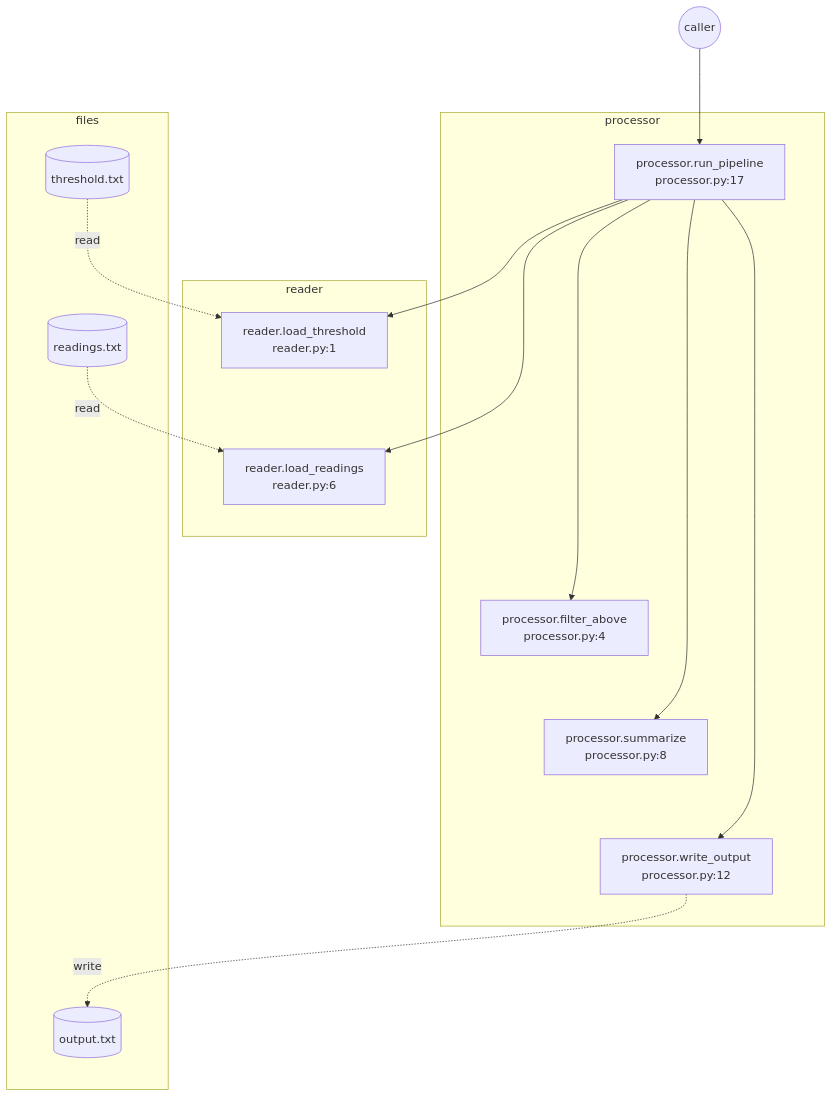
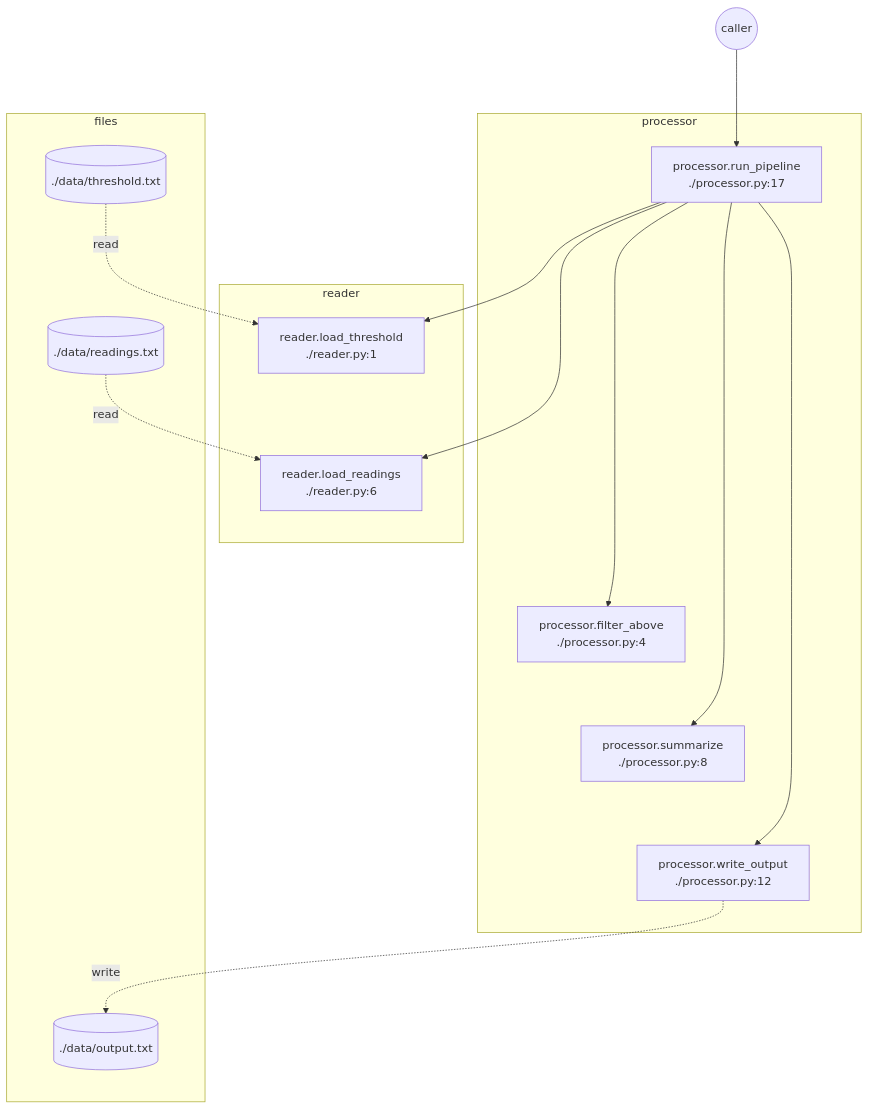
Before and after one commit to yananchuk/exec_tracer: the diagram in examples/pipeline/trace.md, drawn with Mermaid. The commit also changed other lines of this file and 9 other files, not shown here.

````diff
--- a/examples/pipeline/trace.md
+++ b/examples/pipeline/trace.md
@@ -1,33 +1,33 @@
 ```mermaid
 %%{init: {'maxTextSize': 100000, 'flowchart': {'nodeSpacing': 90, 'rankSpacing': 90}}}%%
 flowchart TD
     start(("caller"))
     subgraph processor
-    n0["processor.run_pipeline<br/>processor.py:17"]
-    n3["processor.filter_above<br/>processor.py:4"]
-    n4["processor.summarize<br/>processor.py:8"]
-    n5["processor.write_output<br/>processor.py:12"]
+    n0["processor.run_pipeline<br/>./processor.py:17"]
+    n3["processor.filter_above<br/>./processor.py:4"]
+    n4["processor.summarize<br/>./processor.py:8"]
+    n5["processor.write_output<br/>./processor.py:12"]
     end
     subgraph reader
-    n1["reader.load_threshold<br/>reader.py:1"]
-    n2["reader.load_readings<br/>reader.py:6"]
+    n1["reader.load_threshold<br/>./reader.py:1"]
+    n2["reader.load_readings<br/>./reader.py:6"]
     end
     start --> n0
     n0 --> n1
     n0 --> n2
     n0 --> n3
     n0 --> n4
     n0 --> n5
     n1 ~~~ n2
     n2 ~~~ n3
     n3 ~~~ n4
     n4 ~~~ n5
     subgraph files
-    f0[("threshold.txt")]
-    f1[("readings.txt")]
-    f2[("output.txt")]
+    f0[("./data/threshold.txt")]
+    f1[("./data/readings.txt")]
+    f2[("./data/output.txt")]
     end
     f0 -.->|read| n1
     f1 -.->|read| n2
     n5 -.->|write| f2
 ```
````
